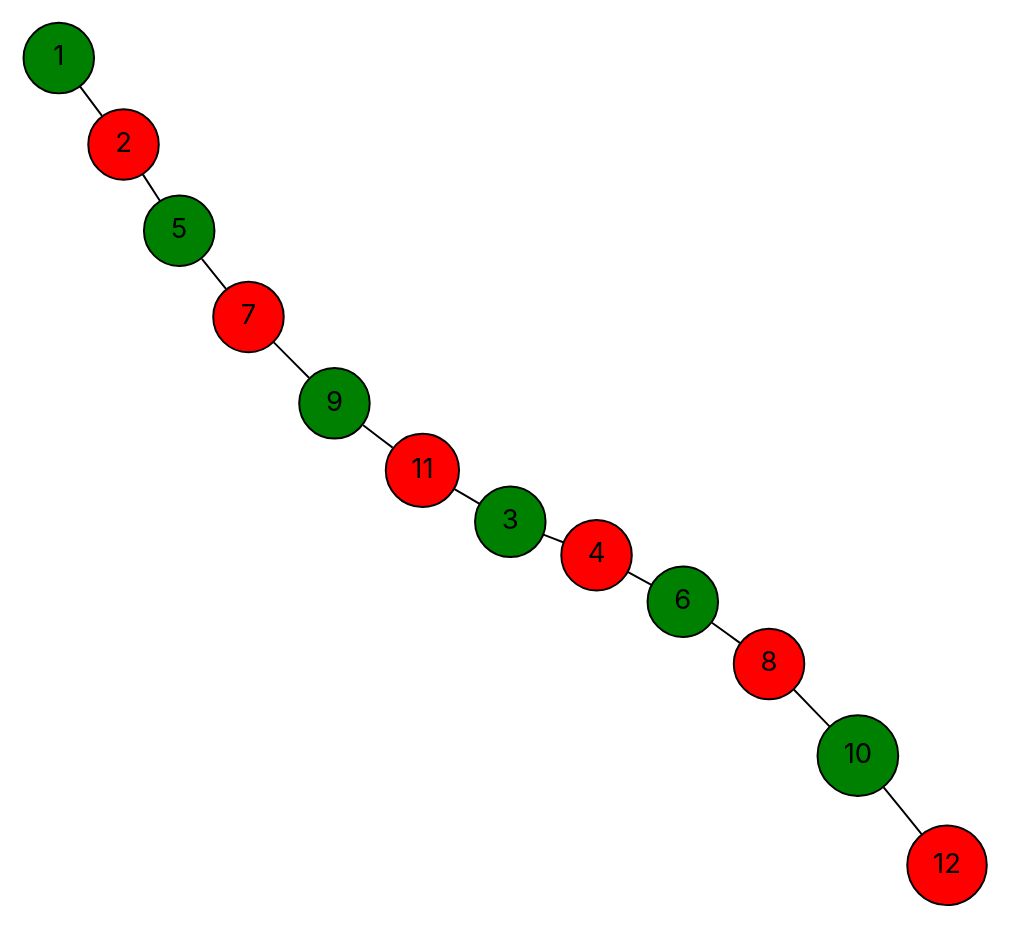
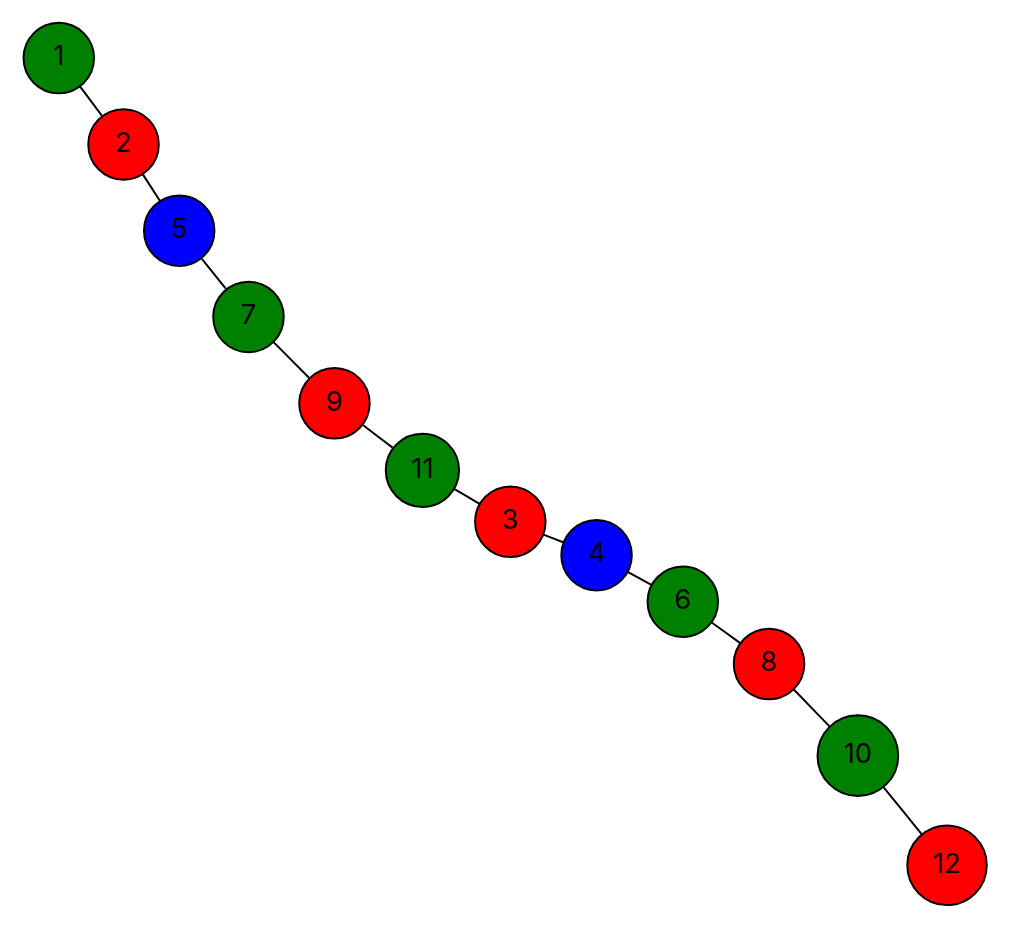
One commit to vercah/vertex-coloring changed the diagram in data/final-dots/easy-06-parallel.dot. Above: the diagram before and after it, drawn with Graphviz. The commit also changed 15 other files, not shown here.

```diff
--- a/data/final-dots/easy-06-parallel.dot
+++ b/data/final-dots/easy-06-parallel.dot
@@ -1,29 +1,29 @@
 graph G {
   layout=neato;
   overlap=false;
   splines=true;
   node [shape=circle, style=filled, fontname=Inter];
   1 [label="1", fillcolor="green", tooltip="v1 color 1"];
   2 [label="2", fillcolor="red", tooltip="v2 color 0"];
-  3 [label="3", fillcolor="green", tooltip="v3 color 1"];
-  4 [label="4", fillcolor="red", tooltip="v4 color 0"];
-  5 [label="5", fillcolor="green", tooltip="v5 color 1"];
+  3 [label="3", fillcolor="red", tooltip="v3 color 0"];
+  4 [label="4", fillcolor="blue", tooltip="v4 color 2"];
+  5 [label="5", fillcolor="blue", tooltip="v5 color 2"];
   6 [label="6", fillcolor="green", tooltip="v6 color 1"];
-  7 [label="7", fillcolor="red", tooltip="v7 color 0"];
+  7 [label="7", fillcolor="green", tooltip="v7 color 1"];
   8 [label="8", fillcolor="red", tooltip="v8 color 0"];
-  9 [label="9", fillcolor="green", tooltip="v9 color 1"];
+  9 [label="9", fillcolor="red", tooltip="v9 color 0"];
   10 [label="10", fillcolor="green", tooltip="v10 color 1"];
-  11 [label="11", fillcolor="red", tooltip="v11 color 0"];
+  11 [label="11", fillcolor="green", tooltip="v11 color 1"];
   12 [label="12", fillcolor="red", tooltip="v12 color 0"];
   1 -- 2;
   2 -- 5;
   3 -- 4;
   3 -- 11;
   4 -- 6;
   5 -- 7;
   6 -- 8;
   7 -- 9;
   8 -- 10;
   9 -- 11;
   10 -- 12;
 }
```
